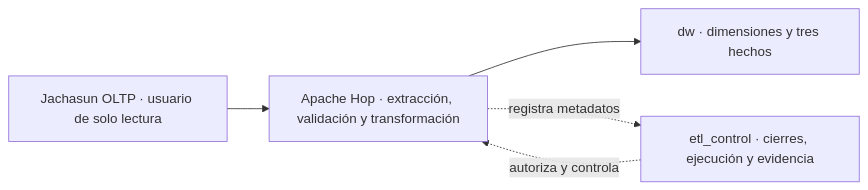
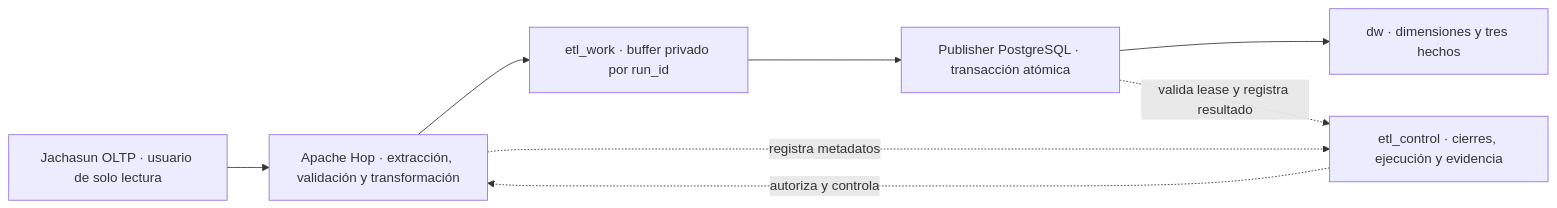
Before and after one commit to KEVIN-117/dss-system-architecture: the diagram in docs/dw/mvp-direct-hop.md, drawn with Mermaid. The commit also changed other lines of this file and 4 other files, not shown here.

Commit message:
docs(dw): clarify Hop publisher buffer and paused Go staging

````diff
--- a/docs/dw/mvp-direct-hop.md
+++ b/docs/dw/mvp-direct-hop.md
@@ -7,7 +7,10 @@
 ```mermaid
 flowchart LR
     J["Jachasun OLTP · usuario de solo lectura"] --> H["Apache Hop · extracción, validación y transformación"]
-    H --> D["dw · dimensiones y tres hechos"]
+    H --> W["etl_work · buffer privado por run_id"]
+    W --> P["Publisher PostgreSQL · transacción atómica"]
+    P --> D["dw · dimensiones y tres hechos"]
     C["etl_control · cierres, ejecución y evidencia"] -. autoriza y controla .-> H
     H -. registra metadatos .-> C
+    P -. valida lease y registra resultado .-> C
 ```
````
